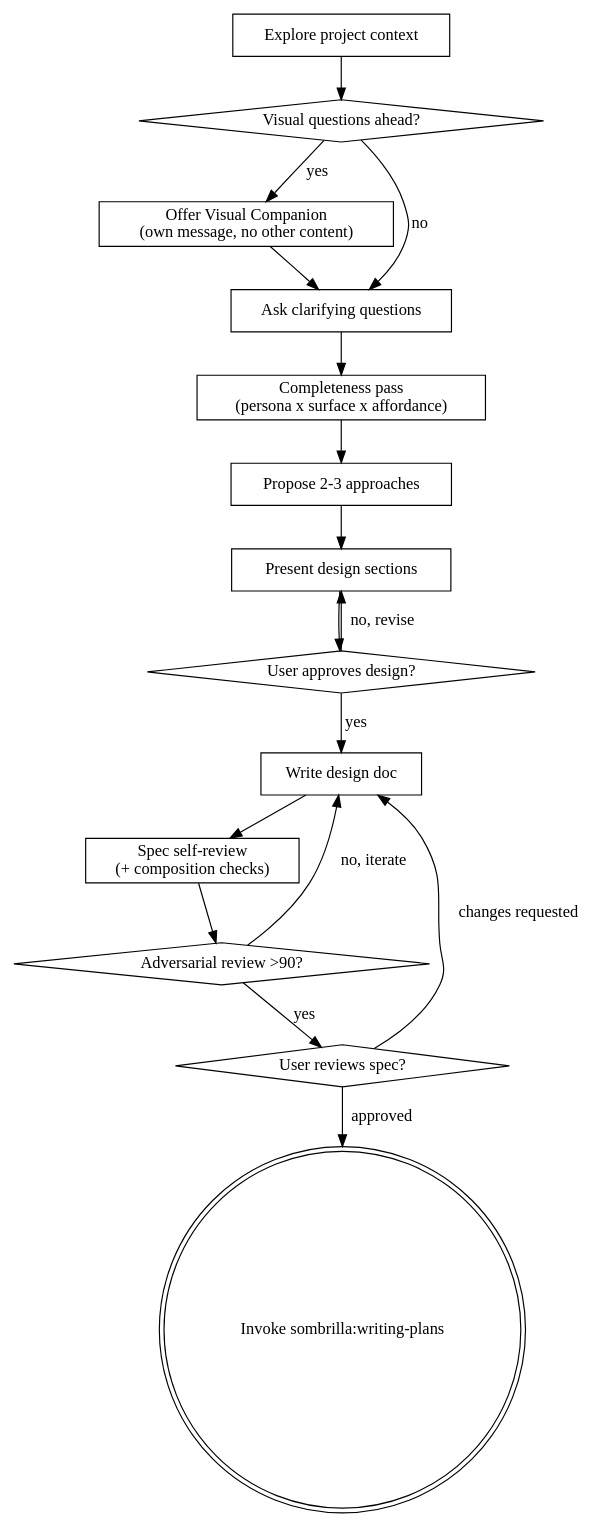
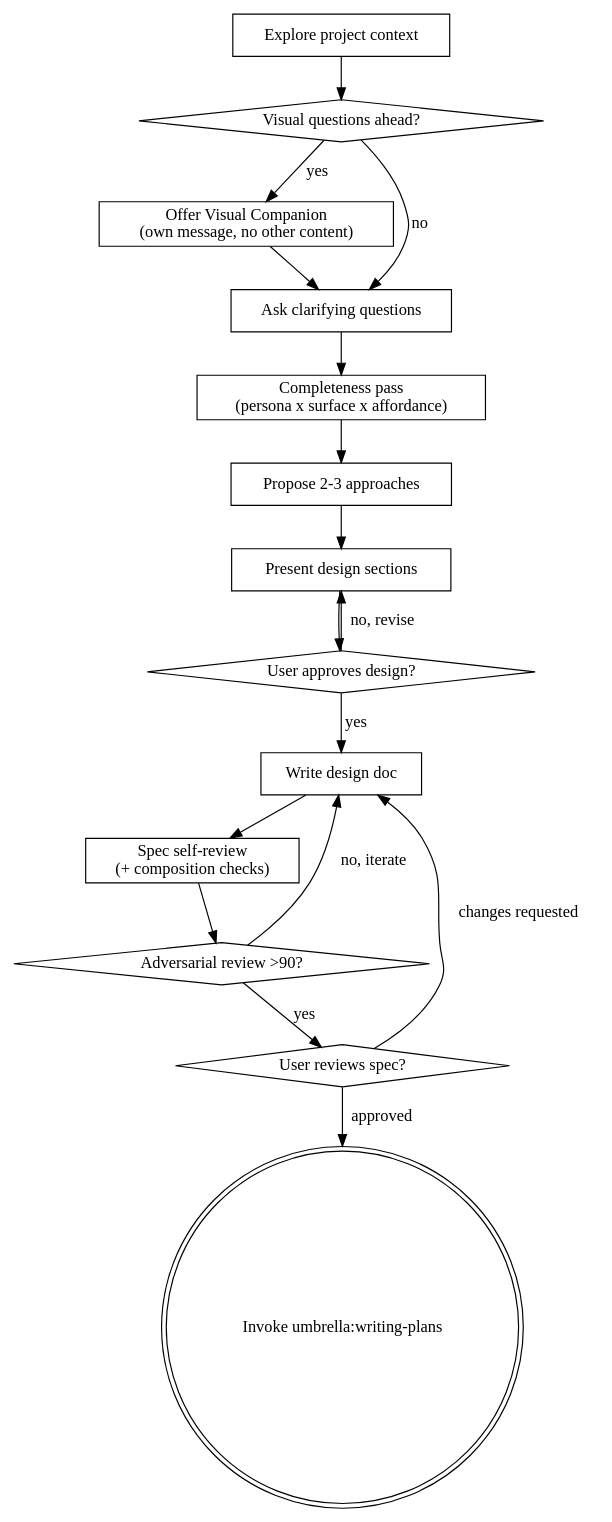
The diagram in skills/brainstorming/SKILL.md (fbac/umbrella), drawn with Graphviz before and after one commit. The commit also changed other lines of this file and 5 other files, not shown here.

Commit message:
chore: rename plugin sombrilla -> umbrella; generalize branding; native docs/specs + docs/plans paths

````diff
--- a/skills/brainstorming/SKILL.md
+++ b/skills/brainstorming/SKILL.md
@@ -40,34 +40,34 @@
 ```dot
 digraph brainstorming {
     "Explore project context" [shape=box];
     "Visual questions ahead?" [shape=diamond];
     "Offer Visual Companion\n(own message, no other content)" [shape=box];
     "Ask clarifying questions" [shape=box];
     "Completeness pass\n(persona x surface x affordance)" [shape=box];
     "Propose 2-3 approaches" [shape=box];
     "Present design sections" [shape=box];
     "User approves design?" [shape=diamond];
     "Write design doc" [shape=box];
     "Spec self-review\n(+ composition checks)" [shape=box];
     "Adversarial review >90?" [shape=diamond];
     "User reviews spec?" [shape=diamond];
-    "Invoke sombrilla:writing-plans" [shape=doublecircle];
+    "Invoke umbrella:writing-plans" [shape=doublecircle];
 
     "Explore project context" -> "Visual questions ahead?";
     "Visual questions ahead?" -> "Offer Visual Companion\n(own message, no other content)" [label="yes"];
     "Visual questions ahead?" -> "Ask clarifying questions" [label="no"];
     "Offer Visual Companion\n(own message, no other content)" -> "Ask clarifying questions";
     "Ask clarifying questions" -> "Completeness pass\n(persona x surface x affordance)";
     "Completeness pass\n(persona x surface x affordance)" -> "Propose 2-3 approaches";
     "Propose 2-3 approaches" -> "Present design sections";
     "Present design sections" -> "User approves design?";
     "User approves design?" -> "Present design sections" [label="no, revise"];
     "User approves design?" -> "Write design doc" [label="yes"];
     "Write design doc" -> "Spec self-review\n(+ composition checks)";
     "Spec self-review\n(+ composition checks)" -> "Adversarial review >90?";
     "Adversarial review >90?" -> "Write design doc" [label="no, iterate"];
     "Adversarial review >90?" -> "User reviews spec?" [label="yes"];
     "User reviews spec?" -> "Write design doc" [label="changes requested"];
-    "User reviews spec?" -> "Invoke sombrilla:writing-plans" [label="approved"];
+    "User reviews spec?" -> "Invoke umbrella:writing-plans" [label="approved"];
 }
 ```
````
